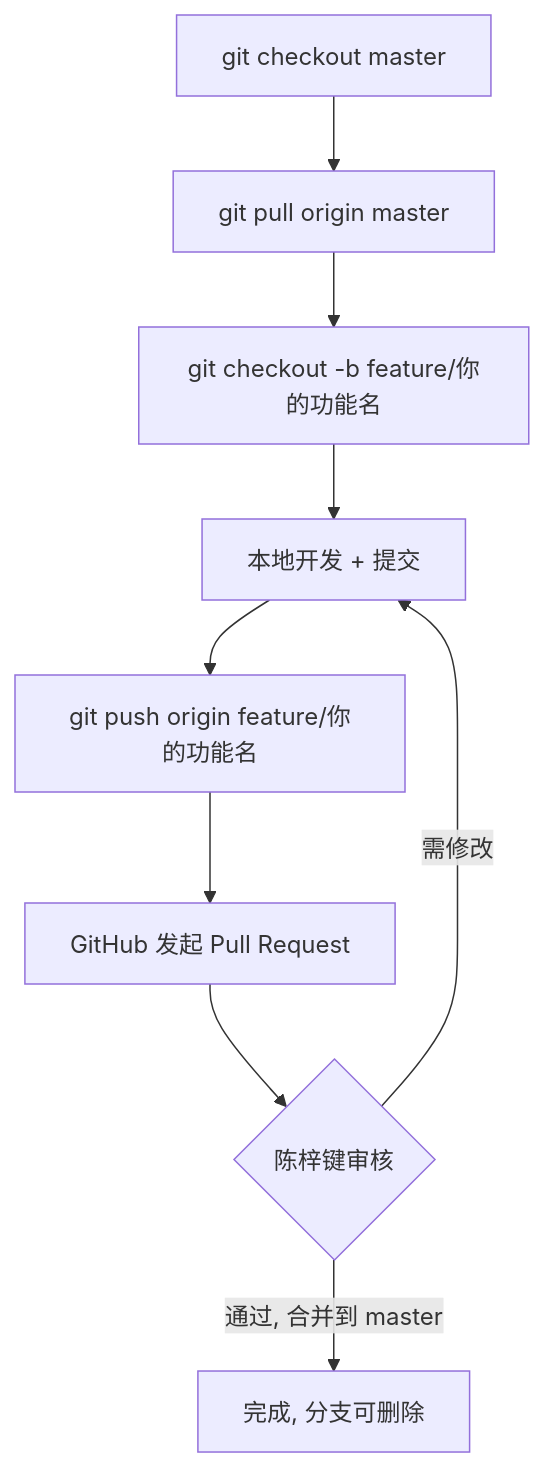
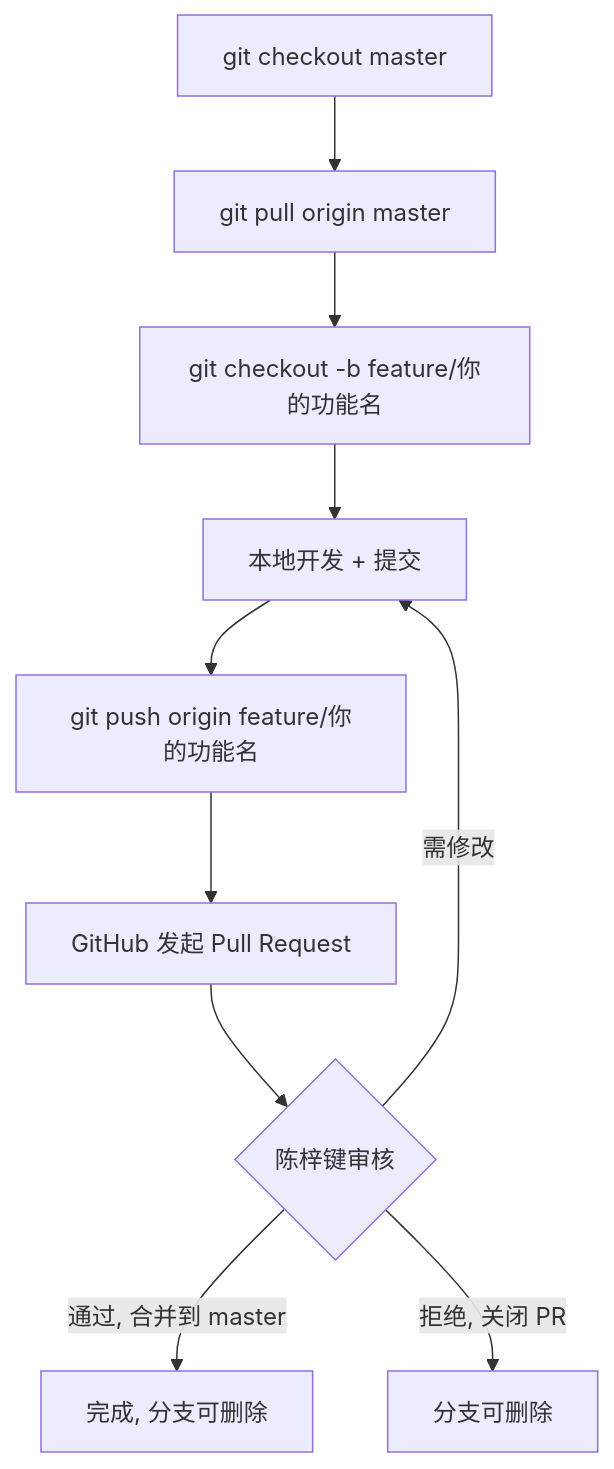
The diagram in CONTRIBUTING.md (chen136523510/nandexueyuan), drawn with Mermaid before and after one commit. The commit also changed other lines of this file and 1 other file, not shown here.

````diff
--- a/CONTRIBUTING.md
+++ b/CONTRIBUTING.md
@@ -43,11 +125,12 @@
 ```mermaid
 flowchart TD
     A[git checkout master] --> B[git pull origin master]
     B --> C[git checkout -b feature/你的功能名]
     C --> D[本地开发 + 提交]
     D --> E[git push origin feature/你的功能名]
     E --> F[GitHub 发起 Pull Request]
     F --> G{陈梓键审核}
     G -->|需修改| D
     G -->|通过, 合并到 master| H[完成, 分支可删除]
+    G -->|拒绝, 关闭 PR| I[分支可删除]
 ```
````
